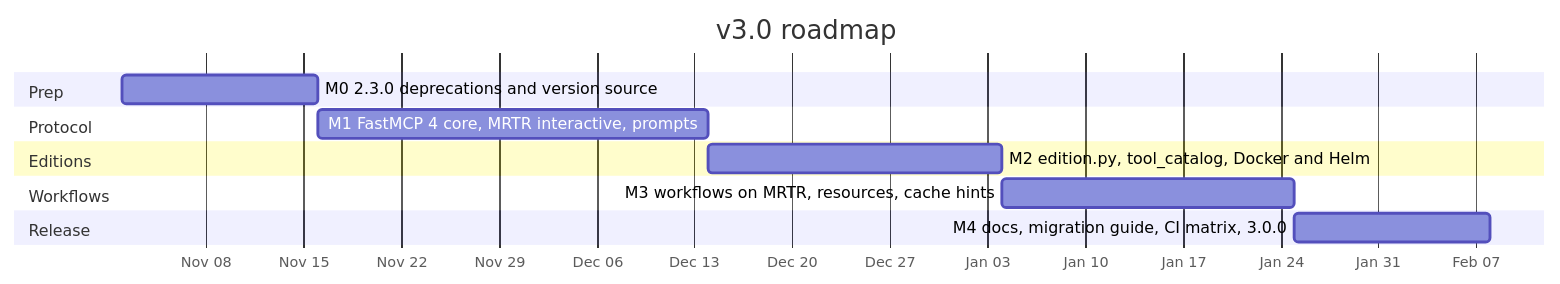
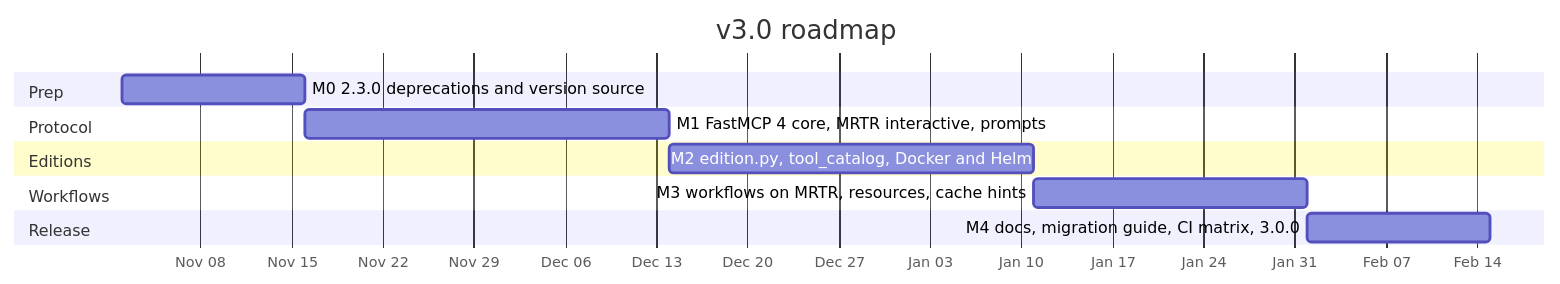
The second of 2 diagrams in docs/v3-roadmap.md (aywengo/kafka-schema-reg-mcp), drawn with Mermaid before and after one commit. The commit also changed other lines of this file, not shown here.

First line of the commit message:
docs(v3-roadmap): address review on protocol accuracy and stateless design

````diff
--- a/docs/v3-roadmap.md
+++ b/docs/v3-roadmap.md
@@ -284,16 +345,16 @@
 ```mermaid
 gantt
     title v3.0 roadmap
     dateFormat  YYYY-MM-DD
     axisFormat  %b %d
     section Prep
     M0 2.3.0 deprecations and version source      :m0, 2026-11-02, 14d
     section Protocol
     M1 FastMCP 4 core, MRTR interactive, prompts  :m1, after m0, 28d
     section Editions
-    M2 edition.py, tool_catalog, Docker and Helm  :m2, after m1, 21d
+    M2 edition.py, tool_catalog, Docker and Helm  :m2, after m1, 28d
     section Workflows
     M3 workflows on MRTR, resources, cache hints  :m3, after m2, 21d
     section Release
     M4 docs, migration guide, CI matrix, 3.0.0    :m4, after m3, 14d
 ```
````
